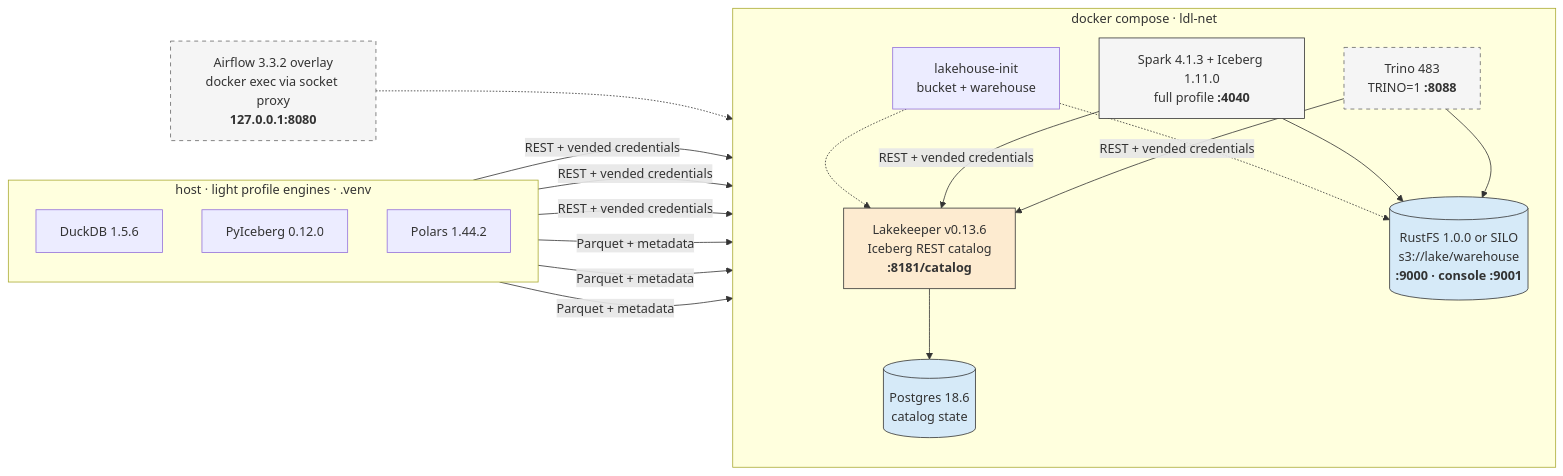
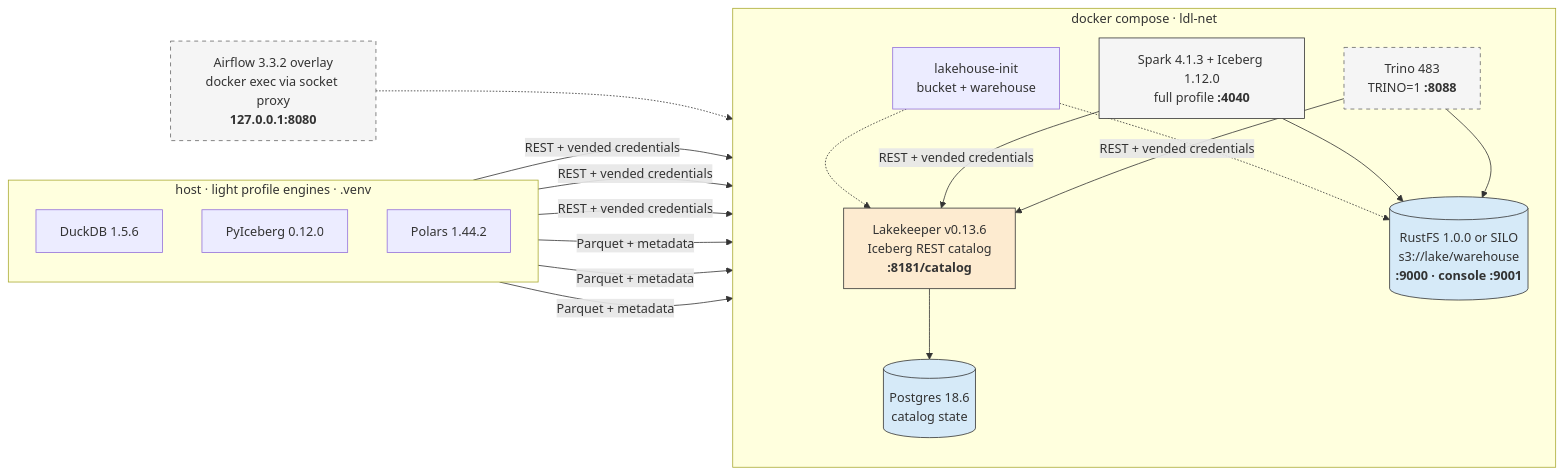
Before and after one commit to santoshshinde2012/local-data-lakehouse: the first of 2 diagrams in README.md, drawn with Mermaid. The commit also changed other lines of this file and 8 other files, not shown here.

First line of the commit message:
spark: Iceberg 1.12.0 runtime and AWS bundle

````diff
--- a/README.md
+++ b/README.md
@@ -36,37 +36,37 @@
 ```mermaid
 flowchart LR
   subgraph HOST["host · light profile engines · .venv"]
     direction TB
     DUCK["DuckDB 1.5.6"]
     PYI["PyIceberg 0.12.0"]
     POL["Polars 1.44.2"]
   end
 
   subgraph STACK["docker compose · ldl-net"]
     direction TB
     LK["Lakekeeper v0.13.6<br/>Iceberg REST catalog<br/><b>:8181/catalog</b>"]
     PG[("Postgres 18.6<br/>catalog state")]
     OS[("RustFS 1.0.0 or SILO<br/>s3://lake/warehouse<br/><b>:9000 · console :9001</b>")]
     INIT["lakehouse-init<br/>bucket + warehouse"]
-    SP["Spark 4.1.3 + Iceberg 1.11.0<br/>full profile <b>:4040</b>"]
+    SP["Spark 4.1.3 + Iceberg 1.12.0<br/>full profile <b>:4040</b>"]
     TR["Trino 483<br/>TRINO=1 <b>:8088</b>"]
   end
 
   AF["Airflow 3.3.2 overlay<br/>docker exec via socket proxy<br/><b>127.0.0.1:8080</b>"]
 
   LK --> PG
   INIT -.-> OS
   INIT -.-> LK
   DUCK & PYI & POL -->|REST + vended credentials| LK
   SP & TR -->|REST + vended credentials| LK
   DUCK & PYI & POL -->|Parquet + metadata| OS
   SP & TR --> OS
   AF -.-> SP
 
   style LK fill:#fdebd0,stroke:#333
   style OS fill:#d6eaf8,stroke:#333
   style PG fill:#d6eaf8,stroke:#333
   style SP fill:#f5f5f5,stroke:#333
   style TR fill:#f5f5f5,stroke:#666,stroke-dasharray: 5 5
   style AF fill:#f5f5f5,stroke:#666,stroke-dasharray: 5 5
 ```
````
